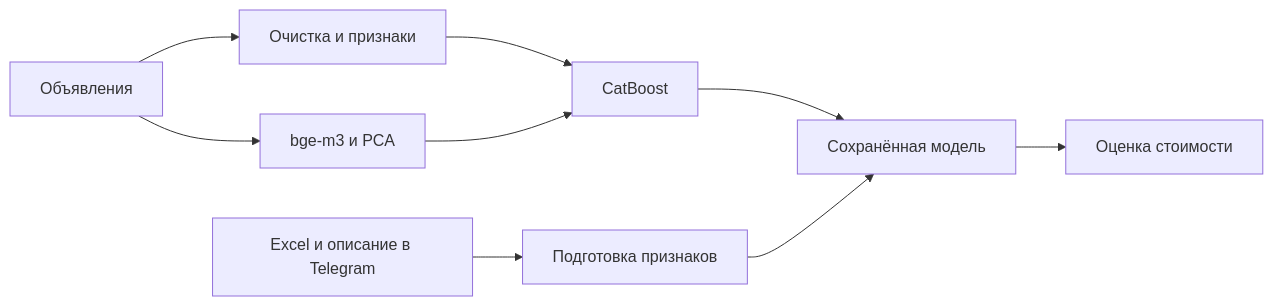
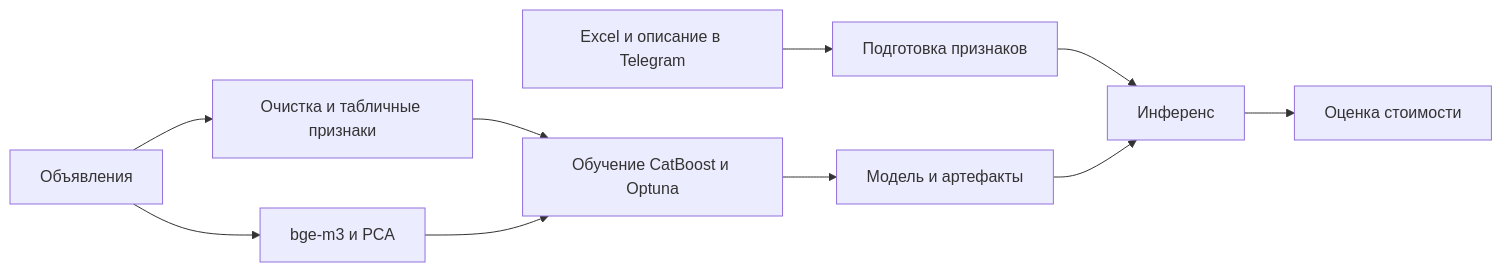
Before and after one commit to Ruzik707/Gazprom_project: the diagram in README.md, drawn with Mermaid. The commit also changed other lines of this file and 2 other files, not shown here.

````diff
--- a/README.md
+++ b/README.md
@@ -15,11 +44,12 @@
 ```mermaid
 flowchart LR
-    A[Объявления] --> B[Очистка и признаки]
-    B --> C[CatBoost]
-    A --> D[bge-m3 и PCA]
-    D --> C
-    C --> E[Сохранённая модель]
+    A[Объявления] --> B[Очистка и табличные признаки]
+    A --> C[bge-m3 и PCA]
+    B --> D[Обучение CatBoost и Optuna]
+    C --> D
+    D --> E[Модель и артефакты]
     F[Excel и описание в Telegram] --> G[Подготовка признаков]
-    G --> E
-    E --> H[Оценка стоимости]
+    G --> H[Инференс]
+    E --> H
+    H --> I[Оценка стоимости]
 ```
````
